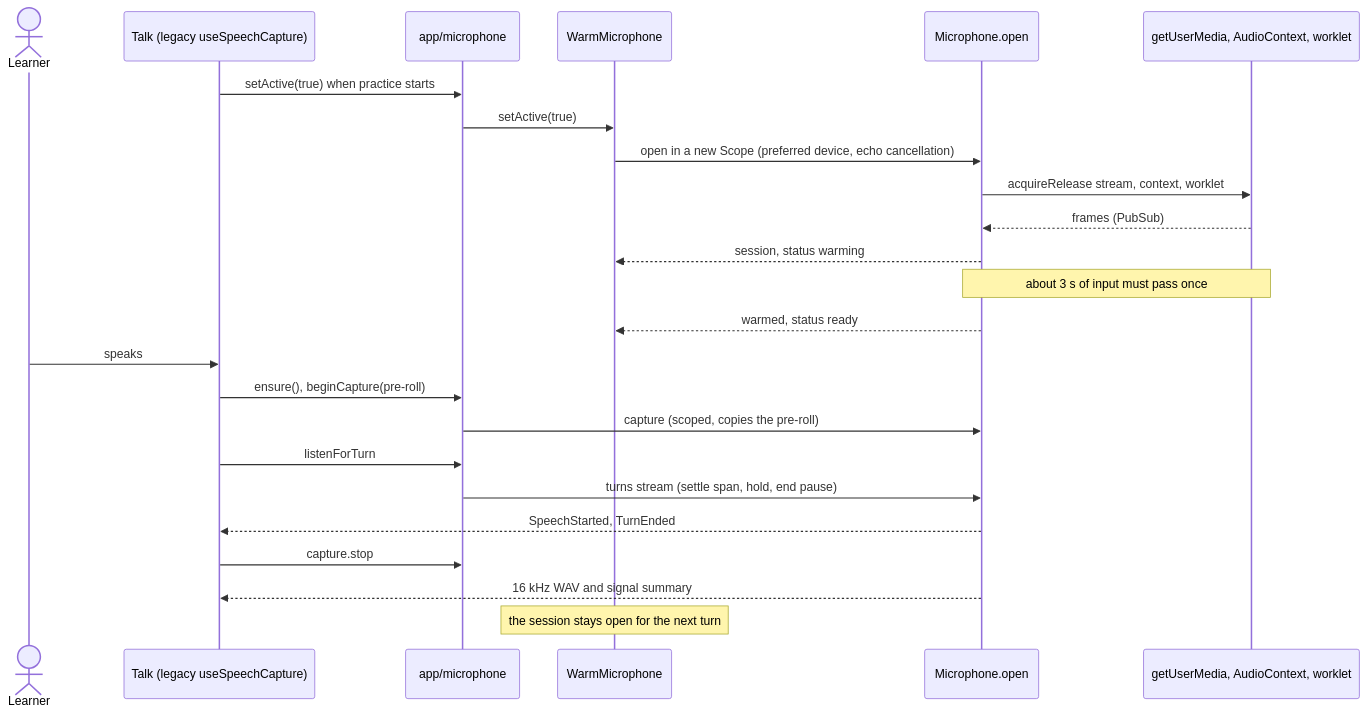
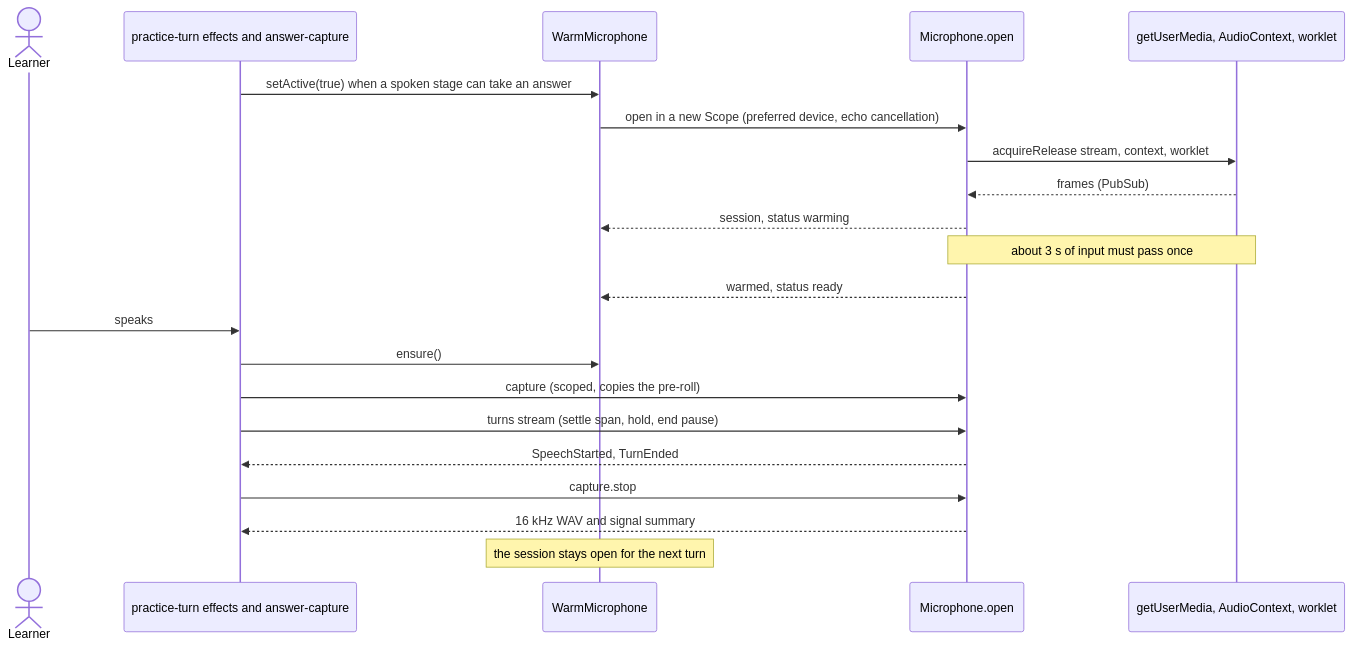
One commit to oleksii-latyshev/english-trainer changed the first of 4 diagrams in src/core/audio/flow.md. Above: the diagram before and after it, drawn with Mermaid. The commit also changed other lines of this file and 254 other files, not shown here.

First line of the commit message:
refactor(talk): Talk screen and the core turn loop in the glass design (#89)

````diff
--- a/src/core/audio/flow.md
+++ b/src/core/audio/flow.md
@@ -15,27 +14,24 @@
 ```mermaid
 sequenceDiagram
     actor Learner
-    participant Talk as Talk (legacy useSpeechCapture)
-    participant Bridge as app/microphone
+    participant Talk as practice-turn effects and answer-capture
     participant Warm as WarmMicrophone
     participant Mic as Microphone.open
     participant Device as getUserMedia, AudioContext, worklet
 
-    Talk->>Bridge: setActive(true) when practice starts
-    Bridge->>Warm: setActive(true)
+    Talk->>Warm: setActive(true) when a spoken stage can take an answer
     Warm->>Mic: open in a new Scope (preferred device, echo cancellation)
     Mic->>Device: acquireRelease stream, context, worklet
     Device-->>Mic: frames (PubSub)
     Mic-->>Warm: session, status warming
     Note over Mic,Device: about 3 s of input must pass once
     Mic-->>Warm: warmed, status ready
     Learner->>Talk: speaks
-    Talk->>Bridge: ensure(), beginCapture(pre-roll)
-    Bridge->>Mic: capture (scoped, copies the pre-roll)
-    Talk->>Bridge: listenForTurn
-    Bridge->>Mic: turns stream (settle span, hold, end pause)
+    Talk->>Warm: ensure()
+    Talk->>Mic: capture (scoped, copies the pre-roll)
+    Talk->>Mic: turns stream (settle span, hold, end pause)
     Mic-->>Talk: SpeechStarted, TurnEnded
-    Talk->>Bridge: capture.stop
+    Talk->>Mic: capture.stop
     Mic-->>Talk: 16 kHz WAV and signal summary
     Note over Warm: the session stays open for the next turn
 ```
````
